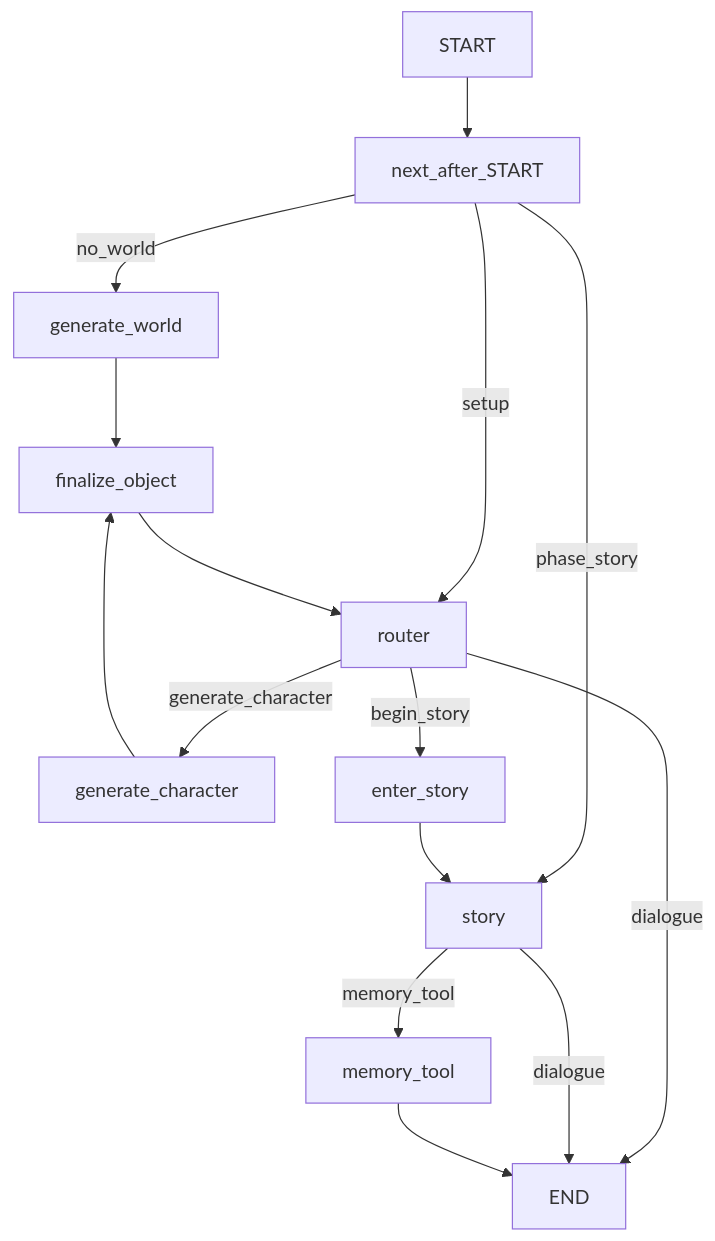
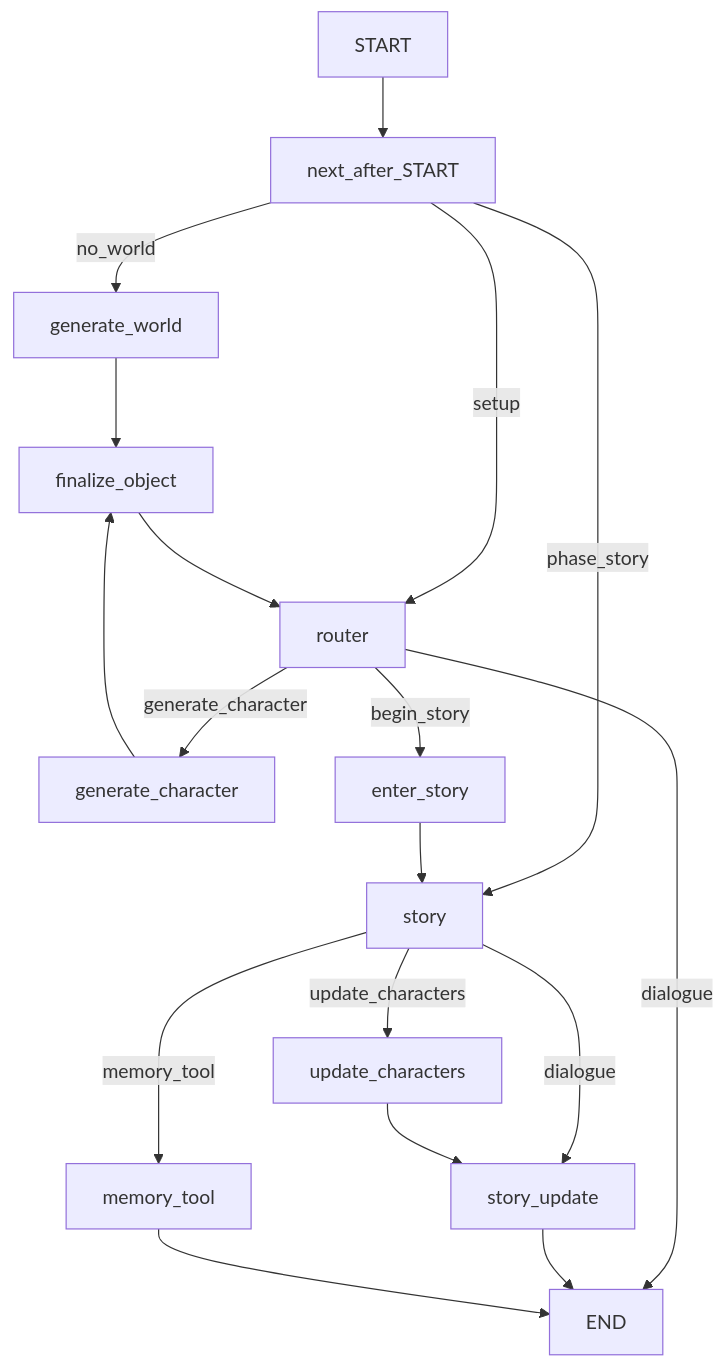
Before and after one commit to mary-el/storyteLLer: the first of 2 diagrams in README.md, drawn with Mermaid. The commit also changed other lines of this file and 9 other files, not shown here.

````diff
--- a/README.md
+++ b/README.md
@@ -24,17 +54,20 @@
 ```mermaid
 flowchart TD
   START --> nextStart[next_after_START]
   nextStart -->|no_world| generate_world
   nextStart -->|setup| router
   nextStart -->|phase_story| story
   generate_world --> finalize_object
   generate_character --> finalize_object
   finalize_object --> router
   router -->|generate_character| generate_character
   router -->|begin_story| enter_story
   router -->|dialogue| END
   enter_story --> story
   story -->|memory_tool| memory_tool
-  story -->|dialogue| END
+  story -->|dialogue| story_update
+  story -->|update_characters| update_characters
+  update_characters --> story_update
+  story_update --> END
   memory_tool --> END
 ```
````
